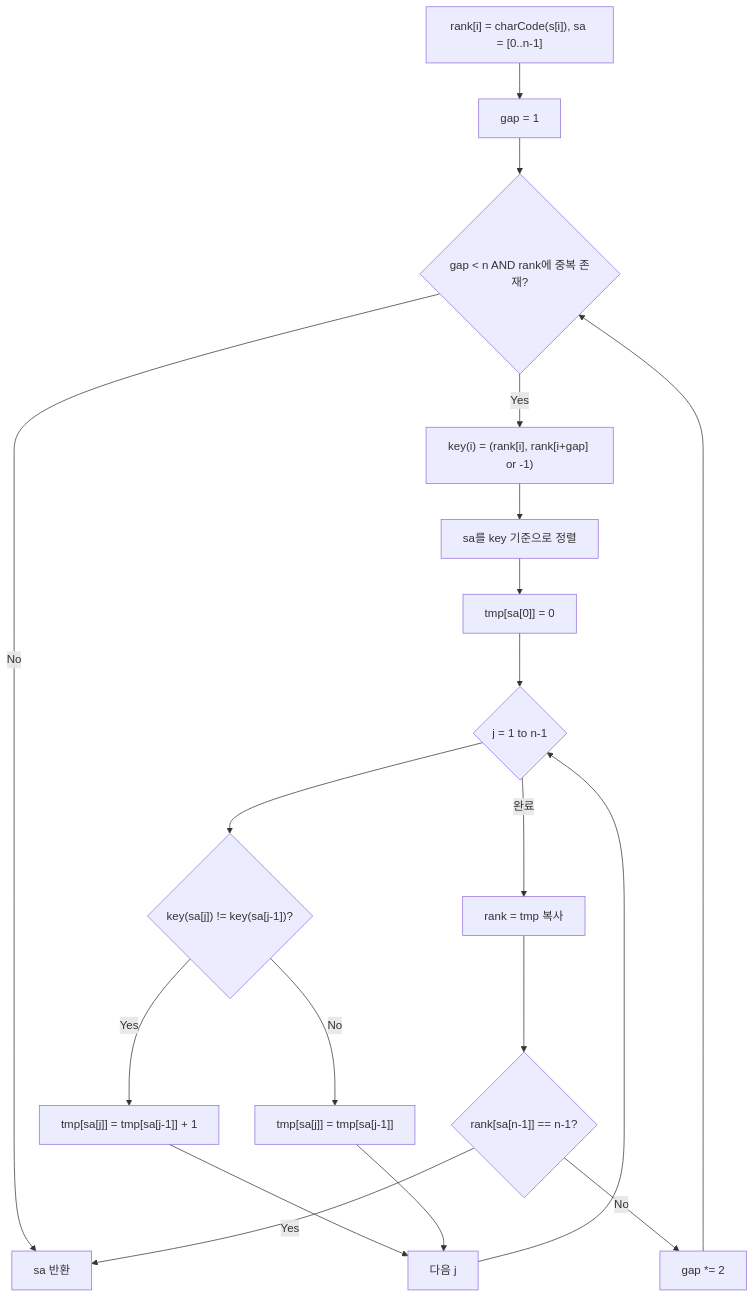
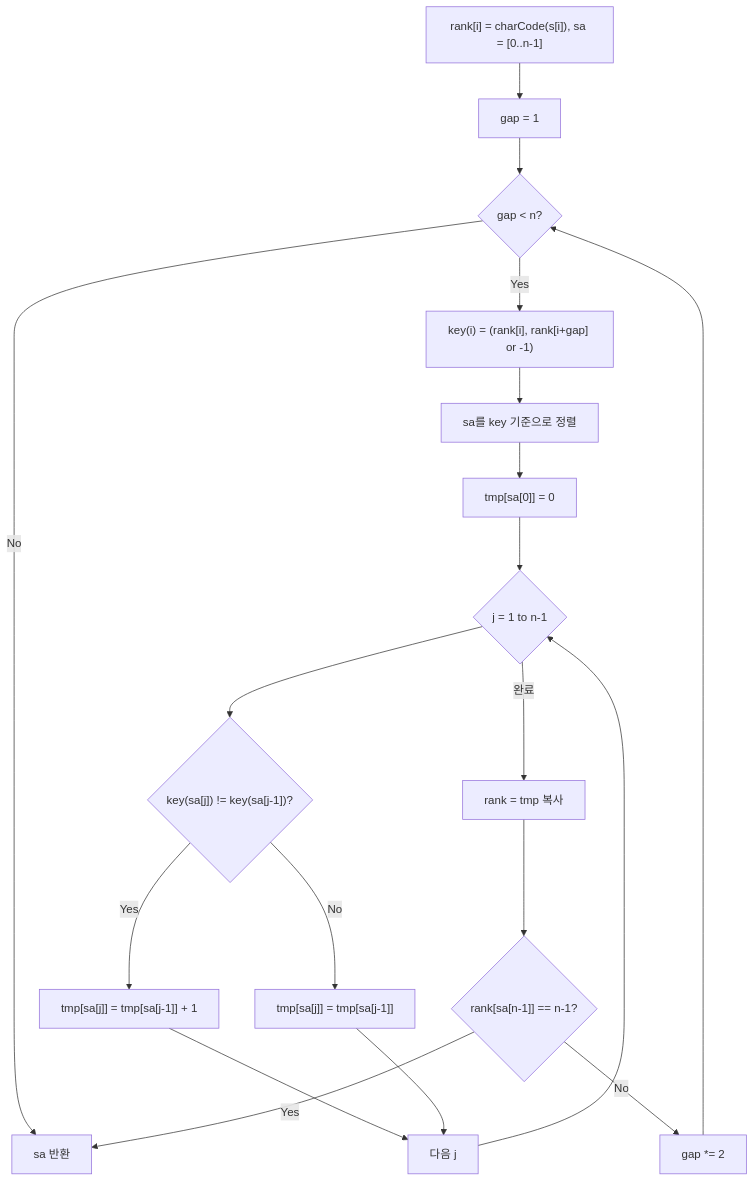
Before and after one commit to centurio1987/grow-up-programming: the diagram in src/algorithms/string/suffixArray/suffixArray-guide.mdx, drawn with Mermaid. The commit also changed other lines of this file and 16 other files, not shown here.

````diff
--- a/src/algorithms/string/suffixArray/suffixArray-guide.mdx
+++ b/src/algorithms/string/suffixArray/suffixArray-guide.mdx
@@ -263,21 +390,21 @@
 ```mermaid
 flowchart TD
-    A["rank[i] = charCode(s[i]), sa = [0..n-1]"] --> B[gap = 1]
-    B --> C{gap < n AND rank에 중복 존재?}
-    C -- No --> Z[sa 반환]
+    A["rank[i] = charCode(s[i]), sa = [0..n-1]"] --> B["gap = 1"]
+    B --> C{"gap < n?"}
+    C -- No --> Z["sa 반환"]
     C -- Yes --> D["key(i) = (rank[i], rank[i+gap] or -1)"]
-    D --> E[sa를 key 기준으로 정렬]
+    D --> E["sa를 key 기준으로 정렬"]
     E --> F["tmp[sa[0]] = 0"]
-    F --> G{j = 1 to n-1}
+    F --> G{"j = 1 to n-1"}
     G --> H{"key(sa[j]) != key(sa[j-1])?"}
     H -- Yes --> I["tmp[sa[j]] = tmp[sa[j-1]] + 1"]
     H -- No --> J["tmp[sa[j]] = tmp[sa[j-1]]"]
-    I --> K[다음 j]
+    I --> K["다음 j"]
     J --> K
     K --> G
-    G -- 완료 --> L[rank = tmp 복사]
+    G -- 완료 --> L["rank = tmp 복사"]
     L --> M{"rank[sa[n-1]] == n-1?"}
     M -- Yes --> Z
-    M -- No --> N[gap *= 2]
+    M -- No --> N["gap *= 2"]
     N --> C
 ```
````
